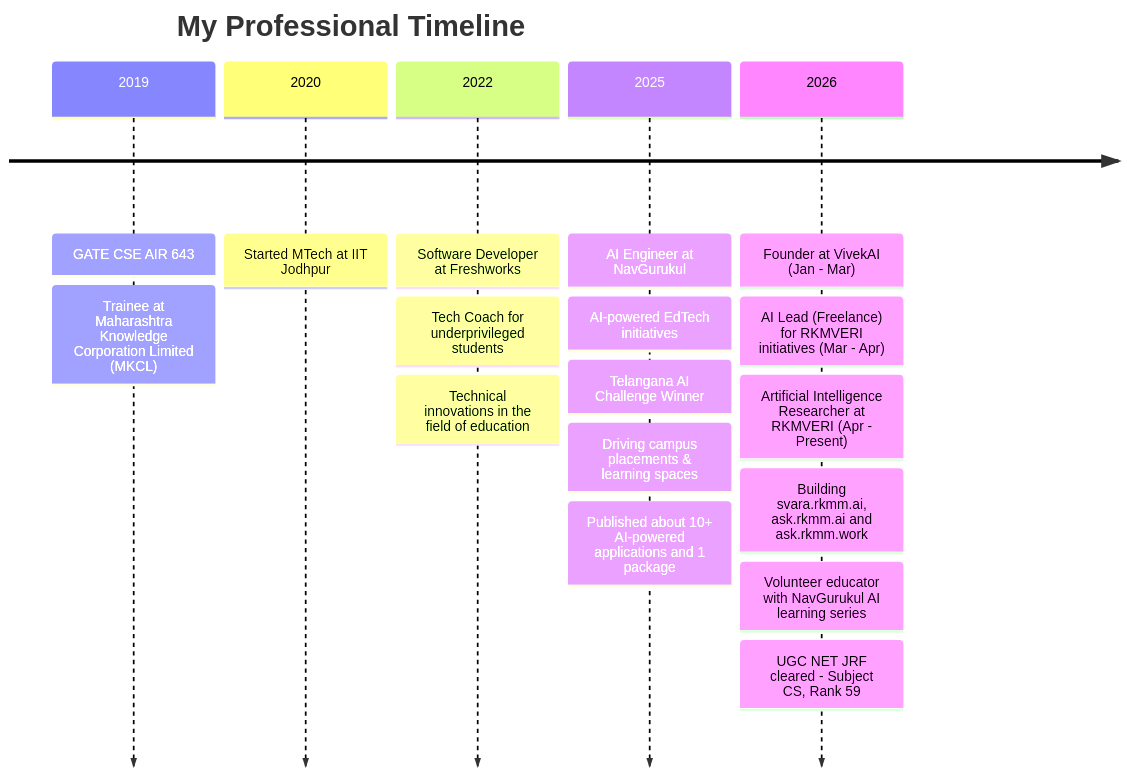
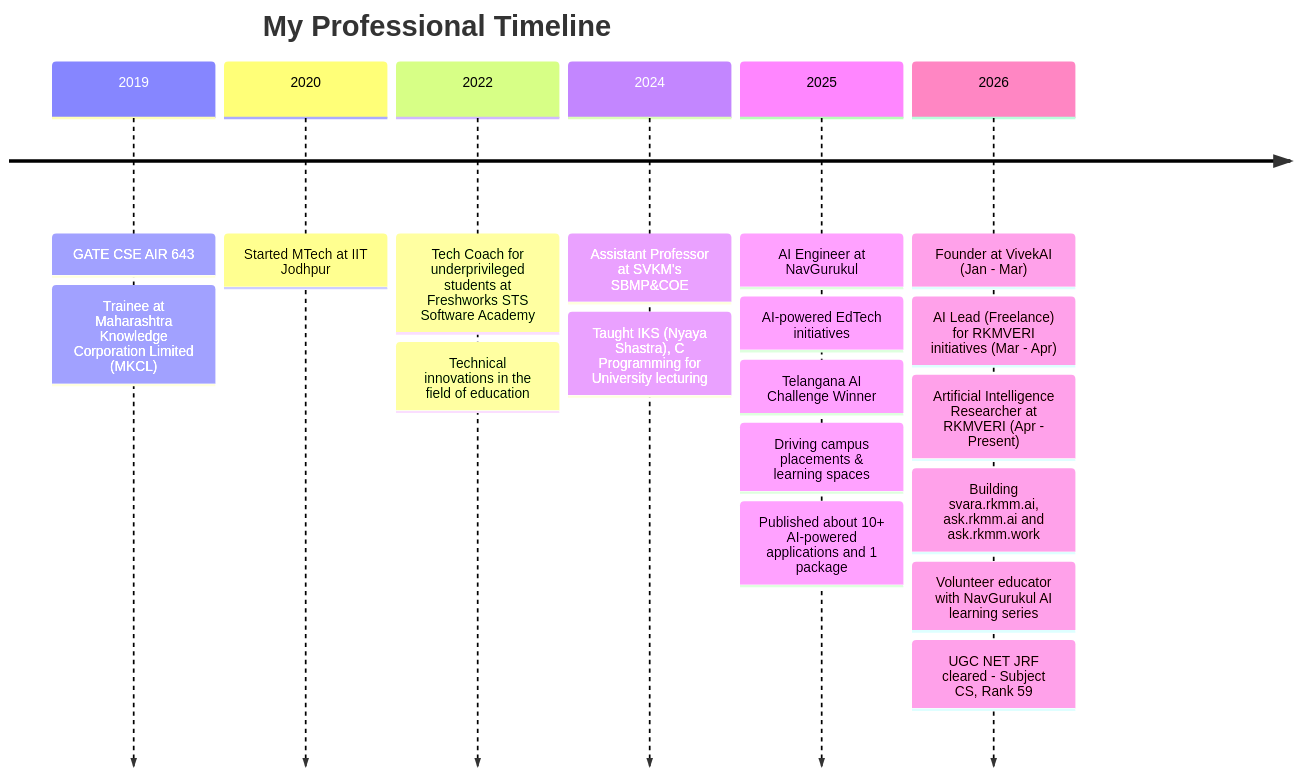
Before and after one commit to Vinit-source/Vinit-source: the diagram in README.md, drawn with Mermaid. The commit also changed other lines of this file, not shown here.

Commit message:
Revise README with updated roles and interests
Updated professional experience and personal interests in README.

````diff
--- a/README.md
+++ b/README.md
@@ -55,27 +55,29 @@
 ```mermaid
 timeline
     title My Professional Timeline
     
     2019 : GATE CSE AIR 643
          : Trainee at Maharashtra Knowledge Corporation Limited (MKCL)
 
     2020 : Started MTech at IIT Jodhpur
     
-    2022 : Software Developer at Freshworks
-         : Tech Coach for underprivileged students
+    2022 : Tech Coach for underprivileged students at Freshworks STS Software Academy
          : Technical innovations in the field of education
+
+    2024 : Assistant Professor at SVKM's SBMP&COE
+         : Taught IKS (Nyaya Shastra), C Programming for University lecturing
     
     2025 : AI Engineer at NavGurukul
          : AI-powered EdTech initiatives
          : Telangana AI Challenge Winner
          : Driving campus placements & learning spaces
          : Published about 10+ AI-powered applications and 1 package
 
     2026 : Founder at VivekAI (Jan - Mar)
          : AI Lead (Freelance) for RKMVERI initiatives (Mar - Apr)
          : Artificial Intelligence Researcher at RKMVERI (Apr - Present)
          : Building svara.rkmm.ai, ask.rkmm.ai and ask.rkmm.work
          : Volunteer educator with NavGurukul AI learning series
          : UGC NET JRF cleared - Subject CS, Rank 59
 
 ```
````
